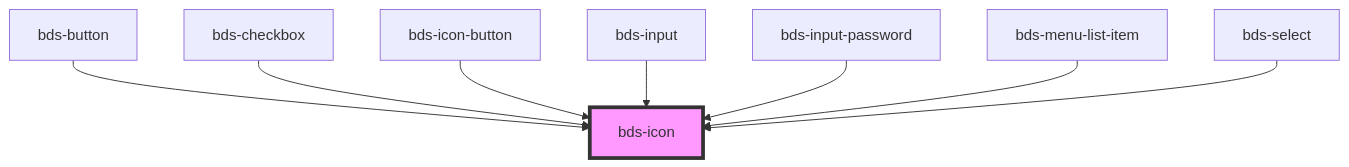
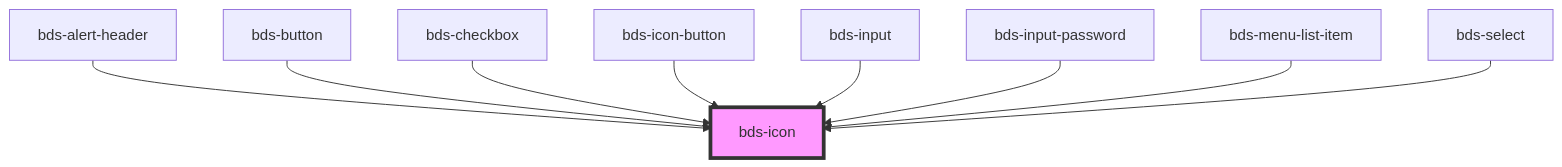
Before and after one commit to takenet/blip-ds: the diagram in src/components/icon/readme.md, drawn with Mermaid. The commit also changed other lines of this file and 23 other files, not shown here.

````diff
--- a/src/components/icon/readme.md
+++ b/src/components/icon/readme.md
@@ -36,11 +37,12 @@
 ```mermaid
 graph TD;
+  bds-alert-header --> bds-icon
   bds-button --> bds-icon
   bds-checkbox --> bds-icon
   bds-icon-button --> bds-icon
   bds-input --> bds-icon
   bds-input-password --> bds-icon
   bds-menu-list-item --> bds-icon
   bds-select --> bds-icon
   style bds-icon fill:#f9f,stroke:#333,stroke-width:4px
 ```
````
